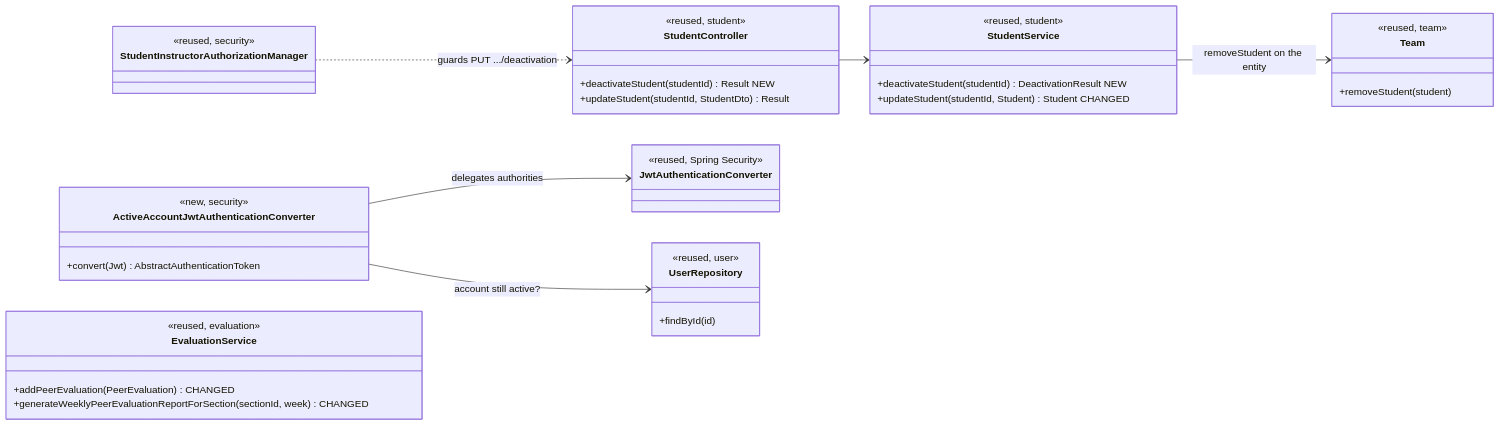
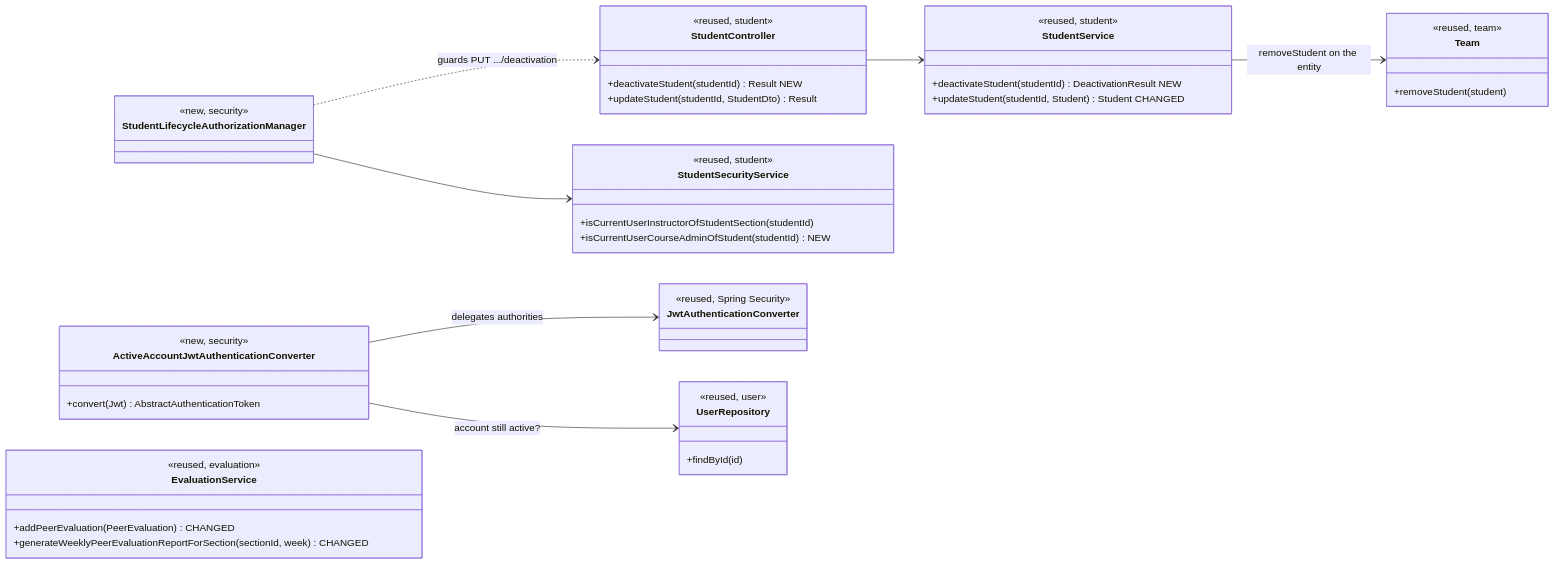
The first of 4 diagrams in docs/design/stu.md (Mameo007/add-a-use-case), drawn with Mermaid before and after one commit. The commit also changed other lines of this file, not shown here.

````diff
--- a/docs/design/stu.md
+++ b/docs/design/stu.md
@@ -18,42 +18,48 @@
 ```mermaid
 classDiagram
     direction LR
     class StudentController {
         <<reused, student>>
         +deactivateStudent(studentId) Result NEW
         +updateStudent(studentId, StudentDto) Result
     }
     class StudentService {
         <<reused, student>>
         +deactivateStudent(studentId) DeactivationResult NEW
         +updateStudent(studentId, Student) Student CHANGED
     }
     class Team {
         <<reused, team>>
         +removeStudent(student)
     }
-    class StudentInstructorAuthorizationManager {
-        <<reused, security>>
+    class StudentLifecycleAuthorizationManager {
+        <<new, security>>
+    }
+    class StudentSecurityService {
+        <<reused, student>>
+        +isCurrentUserInstructorOfStudentSection(studentId)
+        +isCurrentUserCourseAdminOfStudent(studentId) NEW
     }
     class ActiveAccountJwtAuthenticationConverter {
         <<new, security>>
         +convert(Jwt) AbstractAuthenticationToken
     }
     class JwtAuthenticationConverter {
         <<reused, Spring Security>>
     }
     class UserRepository {
         <<reused, user>>
         +findById(id)
     }
     class EvaluationService {
         <<reused, evaluation>>
         +addPeerEvaluation(PeerEvaluation) CHANGED
         +generateWeeklyPeerEvaluationReportForSection(sectionId, week) CHANGED
     }
     StudentController --> StudentService
     StudentService --> Team : removeStudent on the entity
-    StudentInstructorAuthorizationManager ..> StudentController : guards PUT .../deactivation
+    StudentLifecycleAuthorizationManager ..> StudentController : guards PUT .../deactivation
+    StudentLifecycleAuthorizationManager --> StudentSecurityService
     ActiveAccountJwtAuthenticationConverter --> JwtAuthenticationConverter : delegates authorities
     ActiveAccountJwtAuthenticationConverter --> UserRepository : account still active?
 ```
````
